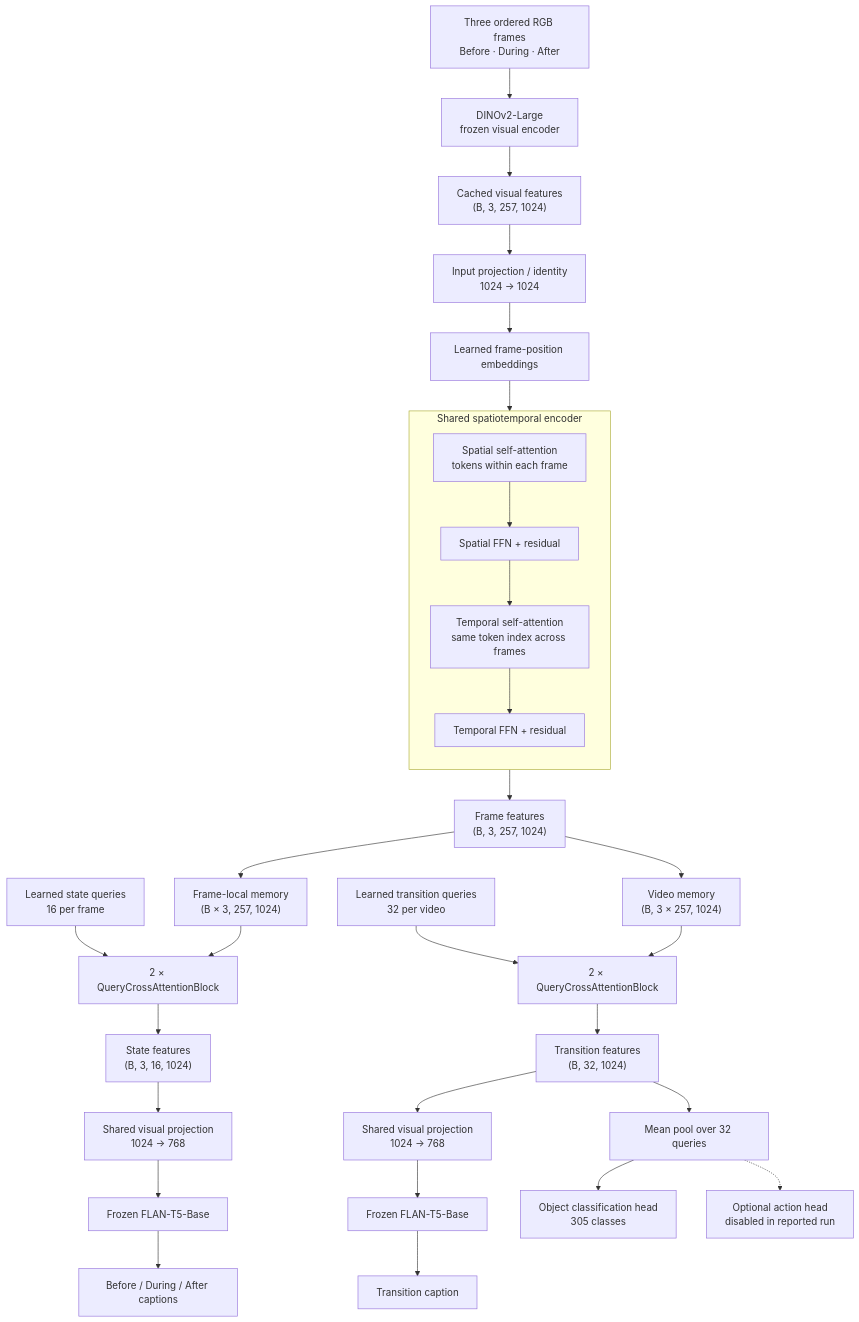
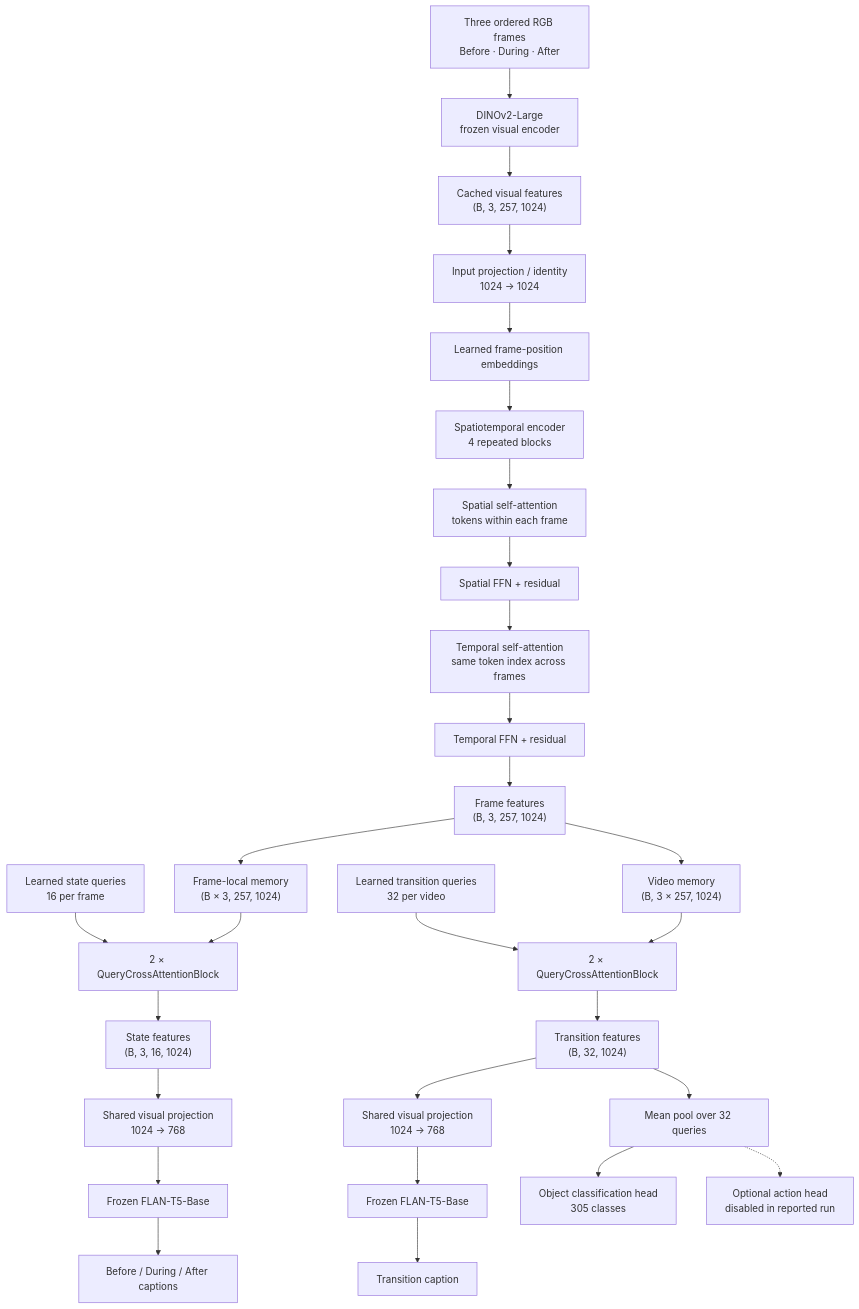
The third of 3 diagrams in README.md (prasangeet/semantic-state-transition-detection), drawn with Mermaid before and after one commit. The commit also changed other lines of this file, not shown here.

Commit message:
docs: correct model support, architecture diagrams, and usage instructions

````diff
--- a/README.md
+++ b/README.md
@@ -218,32 +214,30 @@
 ```mermaid
 flowchart TD
   A["Three ordered RGB frames<br/>Before · During · After"] --> B["DINOv2-Large<br/>frozen visual encoder"]
   B --> C["Cached visual features<br/>(B, 3, 257, 1024)"]
   C --> D["Input projection / identity<br/>1024 → 1024"]
   D --> E["Learned frame-position embeddings"]
-  E --> F["4 × Factorized SpatioTemporalBlock"]
-  subgraph F["Shared spatiotemporal encoder"]
-    direction TB
-    F1["Spatial self-attention<br/>tokens within each frame"] --> F2["Spatial FFN + residual"]
-    F2 --> F3["Temporal self-attention<br/>same token index across frames"]
-    F3 --> F4["Temporal FFN + residual"]
-  end
-  F --> G["Frame features<br/>(B, 3, 257, 1024)"]
+  E --> ENCODER_IN["Spatiotemporal encoder<br/>4 repeated blocks"]
+  ENCODER_IN --> F1["Spatial self-attention<br/>tokens within each frame"]
+  F1 --> F2["Spatial FFN + residual"]
+  F2 --> F3["Temporal self-attention<br/>same token index across frames"]
+  F3 --> F4["Temporal FFN + residual"]
+  F4 --> G["Frame features<br/>(B, 3, 257, 1024)"]
   G --> SM["Frame-local memory<br/>(B × 3, 257, 1024)"]
   SQ["Learned state queries<br/>16 per frame"] --> SQB["2 × QueryCrossAttentionBlock"]
   SM --> SQB
   SQB --> SF["State features<br/>(B, 3, 16, 1024)"]
   SF --> SP["Shared visual projection<br/>1024 → 768"]
   SP --> SD["Frozen FLAN-T5-Base"]
   SD --> SC["Before / During / After captions"]
   G --> TM["Video memory<br/>(B, 3 × 257, 1024)"]
   TQ["Learned transition queries<br/>32 per video"] --> TQB["2 × QueryCrossAttentionBlock"]
   TM --> TQB
   TQB --> TF["Transition features<br/>(B, 32, 1024)"]
   TF --> TP["Shared visual projection<br/>1024 → 768"]
   TP --> TD["Frozen FLAN-T5-Base"]
   TD --> TC["Transition caption"]
   TF --> POOL["Mean pool over 32 queries"]
   POOL --> OH["Object classification head<br/>305 classes"]
   POOL -.-> AH["Optional action head<br/>disabled in reported run"]
 ```
````
